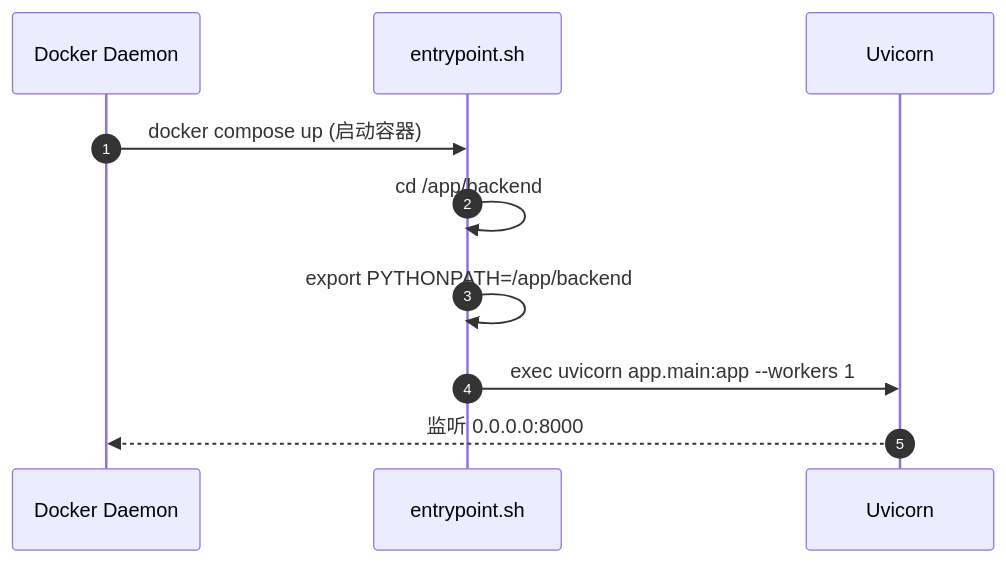
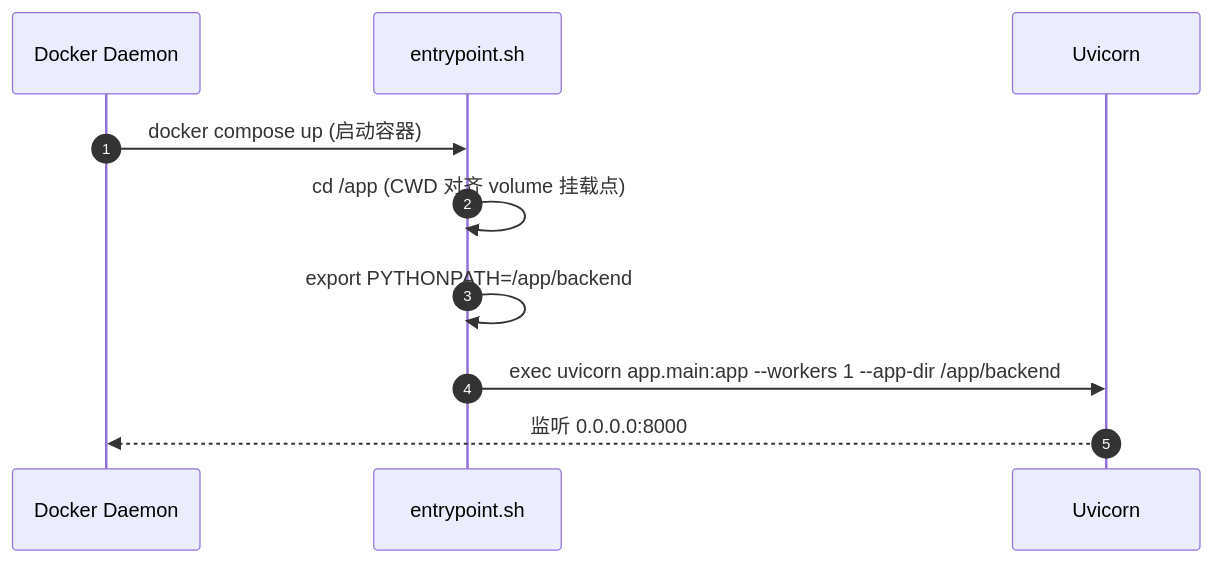
One commit to zx2015/tubehub changed the first of 2 diagrams in docs/design/07-operations.md. Above: the diagram before and after it, drawn with Mermaid. The commit also changed other lines of this file and 10 other files, not shown here.

````diff
--- a/docs/design/07-operations.md
+++ b/docs/design/07-operations.md
@@ -25,13 +28,13 @@
 ```mermaid
 sequenceDiagram
     autonumber
     participant DC as Docker Daemon
     participant E as entrypoint.sh
     participant UV as Uvicorn
 
     DC->>E: docker compose up (启动容器)
-    E->>E: cd /app/backend
+    E->>E: cd /app  (CWD 对齐 volume 挂载点)
     E->>E: export PYTHONPATH=/app/backend
-    E->>UV: exec uvicorn app.main:app --workers 1
+    E->>UV: exec uvicorn app.main:app --workers 1 --app-dir /app/backend
     UV-->>DC: 监听 0.0.0.0:8000
 ```
````
